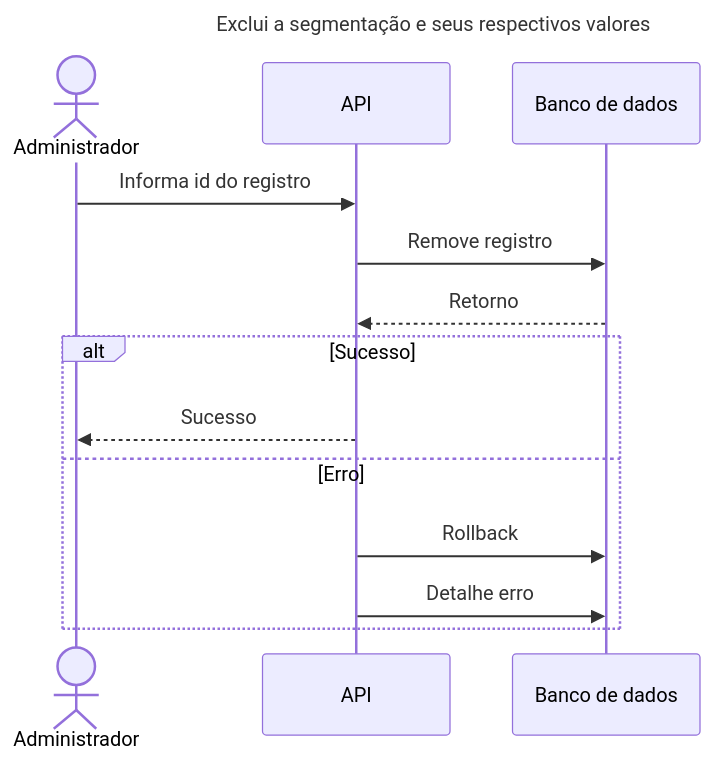
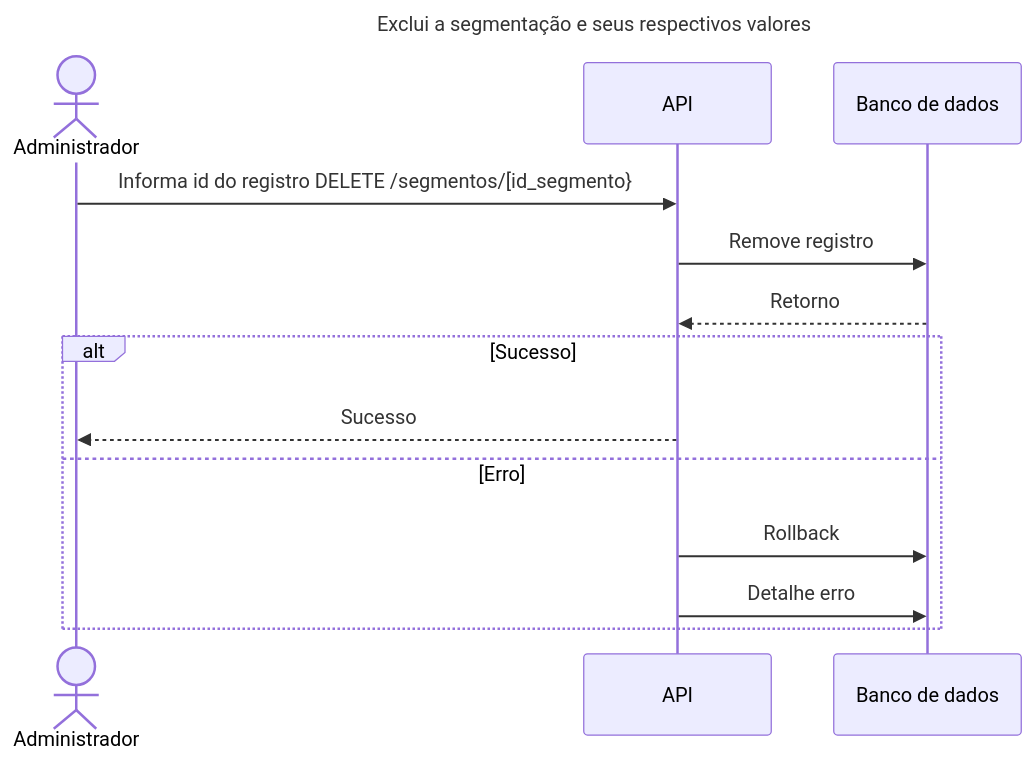
Before and after one commit to brgilsonsp/corrida_familia_piba: the diagram in designer/diagrams/features/delete_segment.md, drawn with Mermaid. The commit also changed 9 other files, not shown here.

````diff
--- a/designer/diagrams/features/delete_segment.md
+++ b/designer/diagrams/features/delete_segment.md
@@ -1,18 +1,18 @@
 ```mermaid
 sequenceDiagram
     title Exclui a segmentação e seus respectivos valores
 
     actor Admin as Administrador
     participant API as API
     participant DB as Banco de dados
 
-    Admin->>API: Informa id do registro
+    Admin->>API: Informa id do registro DELETE /segmentos/[id_segmento}
     API->>DB: Remove registro
     DB-->>API: Retorno
     alt Sucesso
         API-->>Admin: Sucesso
     else Erro
         API->>DB: Rollback
         API->>DB: Detalhe erro
     end
 ```
````
